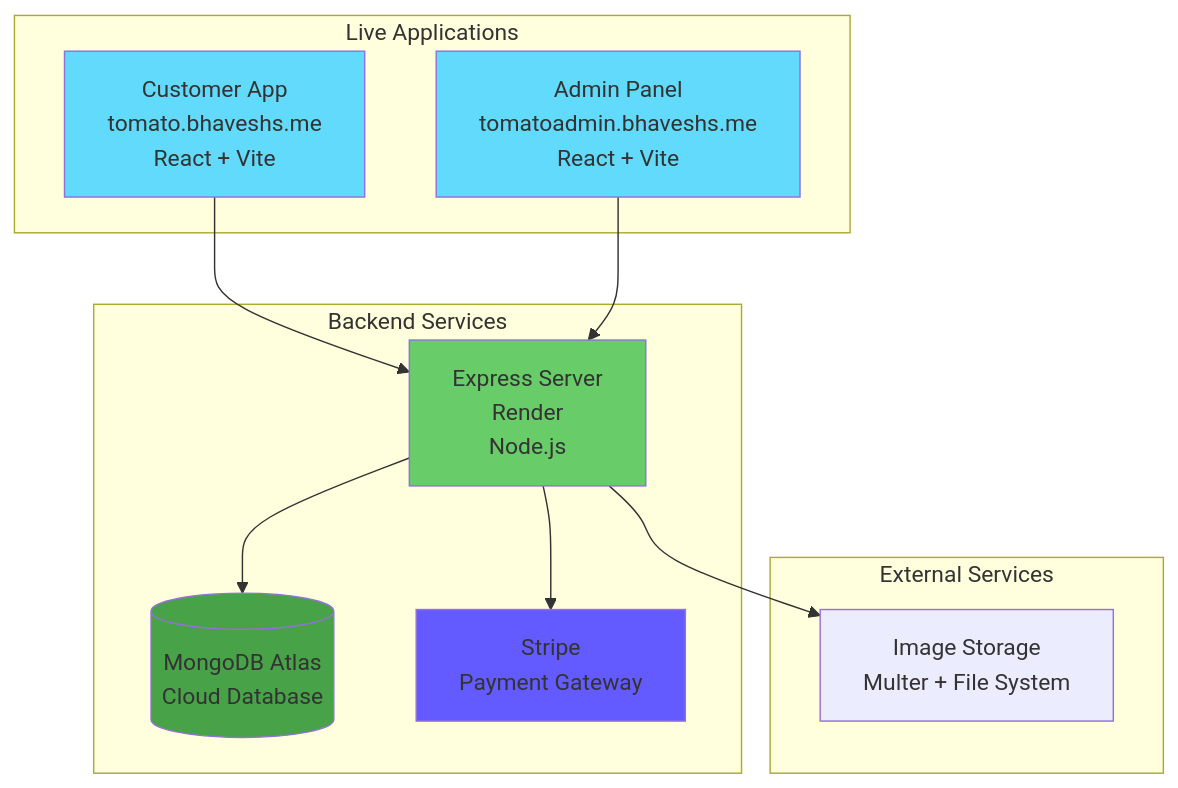
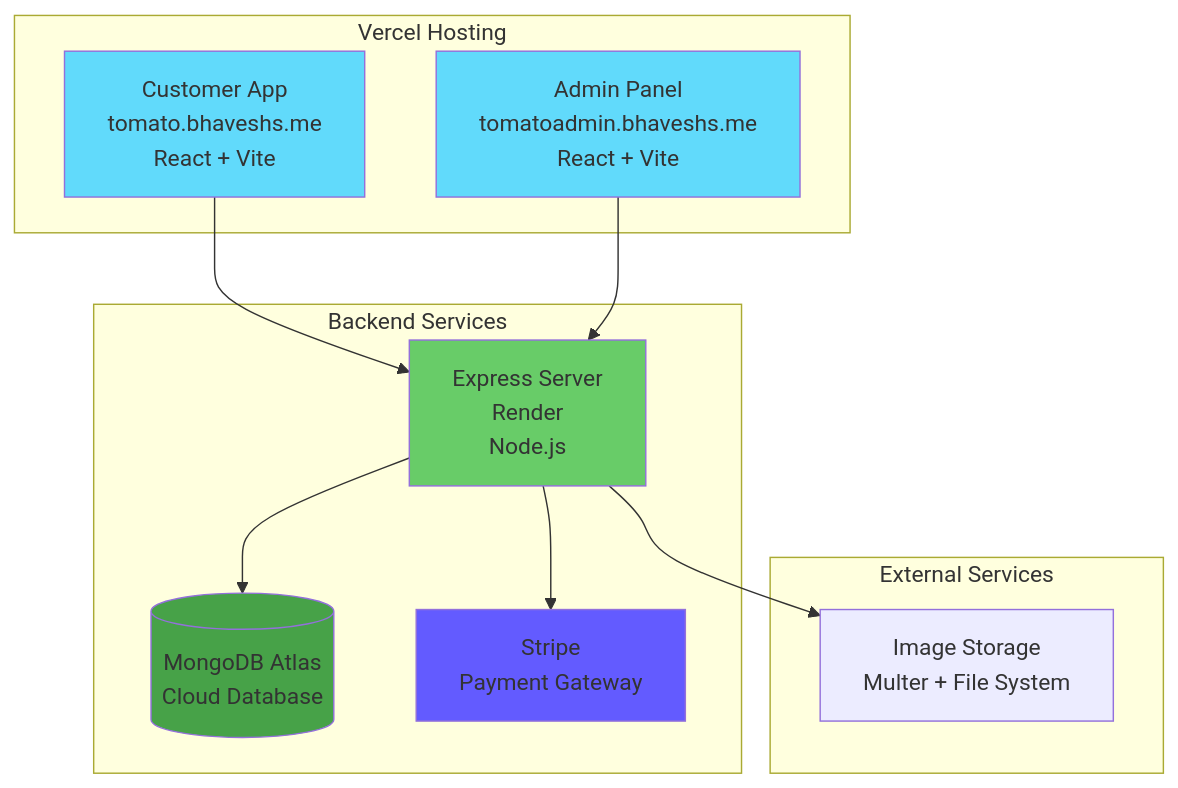
The first of 2 diagrams in README.md (Bhaveshs1212/food-delivery-app), drawn with Mermaid before and after one commit. The commit also changed other lines of this file and 2 other files, not shown here.

Commit message:
docs: update README for Vercel deployment details and add configuration files for client and admin applications

````diff
--- a/README.md
+++ b/README.md
@@ -40,29 +40,29 @@
 ```mermaid
 graph TB
-    subgraph "Live Applications"
+    subgraph "Vercel Hosting"
         C[Customer App<br/>tomato.bhaveshs.me<br/>React + Vite]
         A[Admin Panel<br/>tomatoadmin.bhaveshs.me<br/>React + Vite]
     end
     
     subgraph "Backend Services"
         S[Express Server<br/>Render<br/>Node.js]
         DB[(MongoDB Atlas<br/>Cloud Database)]
         ST[Stripe<br/>Payment Gateway]
     end
     
     subgraph "External Services"
         IMG[Image Storage<br/>Multer + File System]
     end
     
     C --> S
     A --> S
     S --> DB
     S --> ST
     S --> IMG
     
     style C fill:#61dafb
     style A fill:#61dafb
     style S fill:#68cc68
     style DB fill:#47a248
     style ST fill:#635bff
 ```
````
